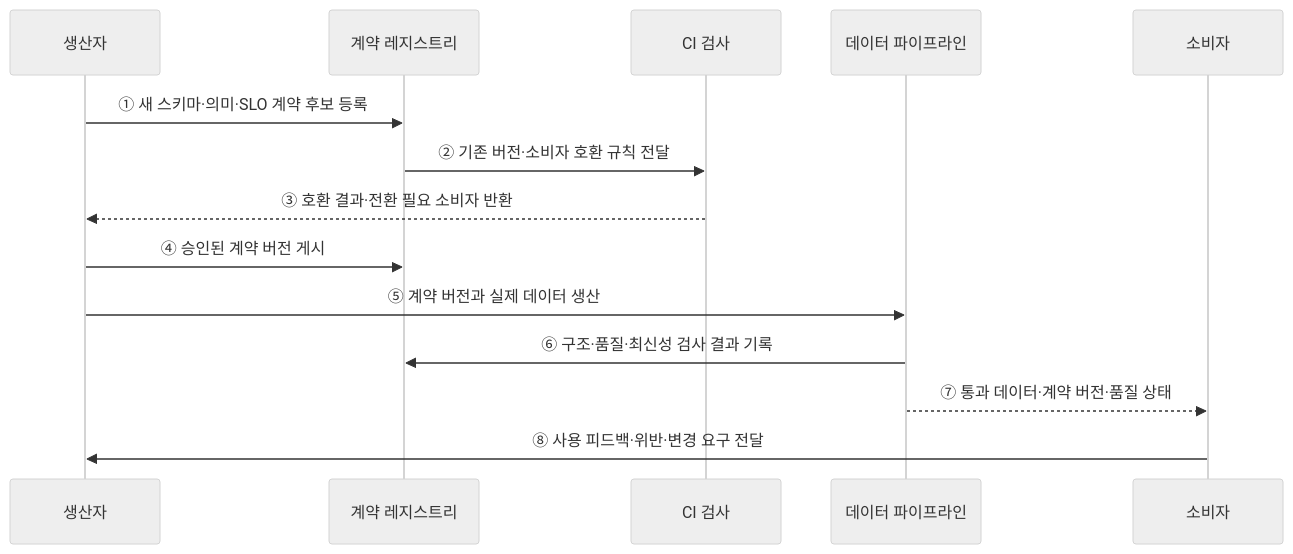
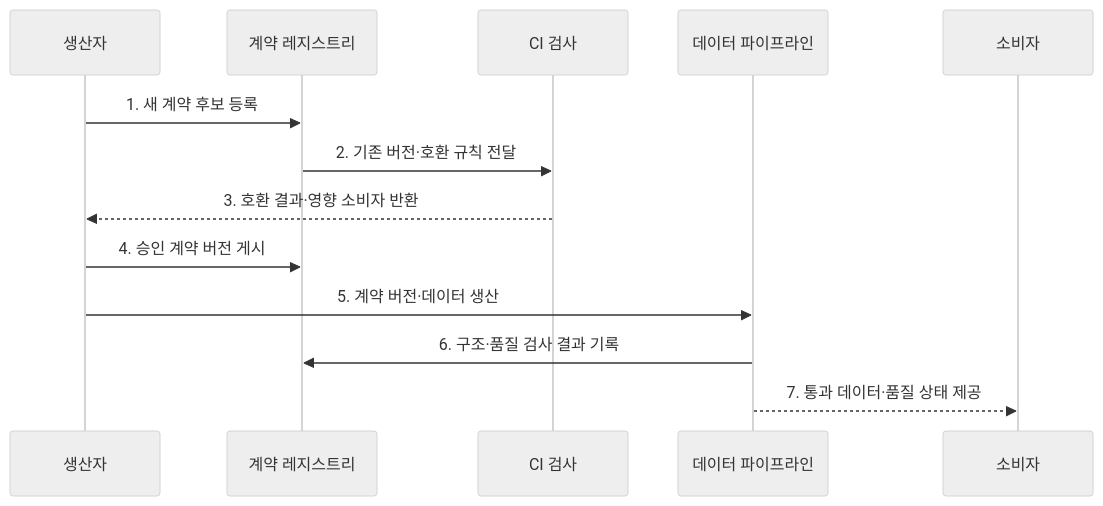
One commit to agnusdei1207/knowledge-base changed the second of 2 diagrams in src/content/docs/notes/03-software/140_data_contract.md. Above: the diagram before and after it, drawn with Mermaid (neutral theme). The commit also changed other lines of this file and 20 other files, not shown here.

````diff
--- a/src/content/docs/notes/03-software/140_data_contract.md
+++ b/src/content/docs/notes/03-software/140_data_contract.md
@@ -72,16 +80,15 @@
 ```mermaid
 sequenceDiagram
     participant P as 생산자
     participant R as 계약 레지스트리
     participant C as CI 검사
     participant V as 데이터 파이프라인
     participant U as 소비자
-    P->>R: ① 새 스키마·의미·SLO 계약 후보 등록
-    R->>C: ② 기존 버전·소비자 호환 규칙 전달
-    C-->>P: ③ 호환 결과·전환 필요 소비자 반환
-    P->>R: ④ 승인된 계약 버전 게시
-    P->>V: ⑤ 계약 버전과 실제 데이터 생산
-    V->>R: ⑥ 구조·품질·최신성 검사 결과 기록
-    V-->>U: ⑦ 통과 데이터·계약 버전·품질 상태
-    U->>P: ⑧ 사용 피드백·위반·변경 요구 전달
+    P->>R: 1. 새 계약 후보 등록
+    R->>C: 2. 기존 버전·호환 규칙 전달
+    C-->>P: 3. 호환 결과·영향 소비자 반환
+    P->>R: 4. 승인 계약 버전 게시
+    P->>V: 5. 계약 버전·데이터 생산
+    V->>R: 6. 구조·품질 검사 결과 기록
+    V-->>U: 7. 통과 데이터·품질 상태 제공
 ```
````
